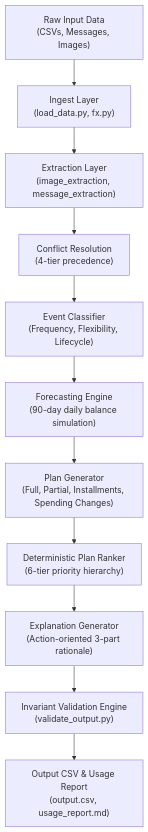
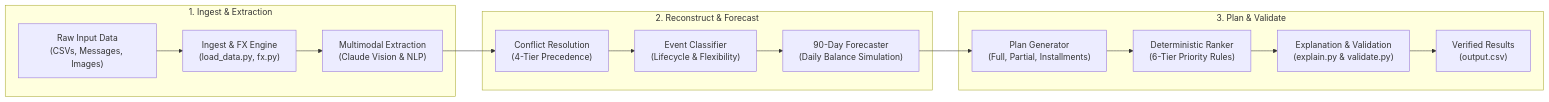
One commit to jay-2611/AI-Finance-Agent---Hackerrank-Orchestrate-Sept.-2026 changed the diagram in README.md. Above: the diagram before and after it, drawn with Mermaid.

Commit message:
docs: orient architecture diagram horizontally (flowchart LR)

````diff
--- a/README.md
+++ b/README.md
@@ -52,13 +52,20 @@
 ```mermaid
-flowchart TD
-    A["Raw Input Data<br/>(CSVs, Messages, Images)"] --> B["Ingest Layer<br/>(load_data.py, fx.py)"]
-    B --> C["Extraction Layer<br/>(image_extraction, message_extraction)"]
-    C --> D["Conflict Resolution<br/>(4-tier precedence)"]
-    D --> E["Event Classifier<br/>(Frequency, Flexibility, Lifecycle)"]
-    E --> F["Forecasting Engine<br/>(90-day daily balance simulation)"]
-    F --> G["Plan Generator<br/>(Full, Partial, Installments, Spending Changes)"]
-    G --> H["Deterministic Plan Ranker<br/>(6-tier priority hierarchy)"]
-    H --> I["Explanation Generator<br/>(Action-oriented 3-part rationale)"]
-    I --> J["Invariant Validation Engine<br/>(validate_output.py)"]
-    J --> K["Output CSV & Usage Report<br/>(output.csv, usage_report.md)"]
+flowchart LR
+    subgraph Stage1["1. Ingest & Extraction"]
+        A["Raw Input Data<br/>(CSVs, Messages, Images)"] --> B["Ingest & FX Engine<br/>(load_data.py, fx.py)"]
+        B --> C["Multimodal Extraction<br/>(Claude Vision & NLP)"]
+    end
+
+    subgraph Stage2["2. Reconstruct & Forecast"]
+        C --> D["Conflict Resolution<br/>(4-Tier Precedence)"]
+        D --> E["Event Classifier<br/>(Lifecycle & Flexibility)"]
+        E --> F["90-Day Forecaster<br/>(Daily Balance Simulation)"]
+    end
+
+    subgraph Stage3["3. Plan & Validate"]
+        F --> G["Plan Generator<br/>(Full, Partial, Installments)"]
+        G --> H["Deterministic Ranker<br/>(6-Tier Priority Rules)"]
+        H --> I["Explanation & Validation<br/>(explain.py & validate.py)"]
+        I --> J["Verified Results<br/>(output.csv)"]
+    end
 ```
````
